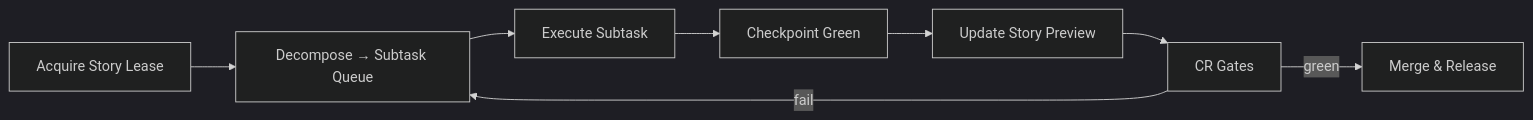
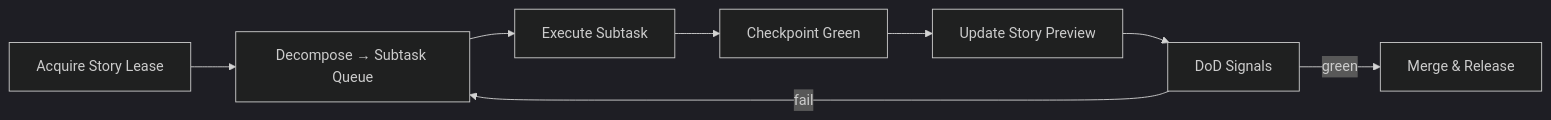
One commit to airnub/agentic-delivery-framework-internal changed the diagram in docs/diagrams/ssp-flow.mmd. Above: the diagram before and after it, drawn with Mermaid (dark theme). The commit also changed 45 other files, not shown here.

Commit message:
docs: rename gates→DoD Signals; add conformance rails ADF-S / ADF-SA

````diff
--- a/docs/diagrams/ssp-flow.mmd
+++ b/docs/diagrams/ssp-flow.mmd
@@ -1,10 +1,10 @@
 ```mermaid
 graph LR
   A[Acquire Story Lease] --> B[Decompose → Subtask Queue]
   B --> C[Execute Subtask]
   C --> D[Checkpoint Green]
   D --> E[Update Story Preview]
-  E --> F[CR Gates]
+  E --> F[DoD Signals]
   F -->|fail| B
   F -->|green| G[Merge & Release]
 ```
````
